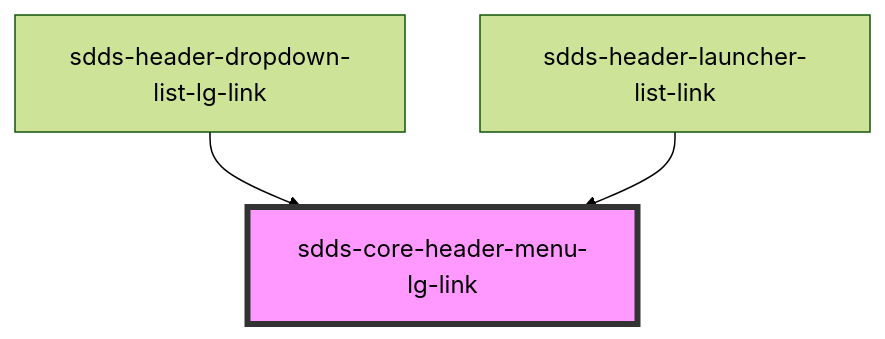
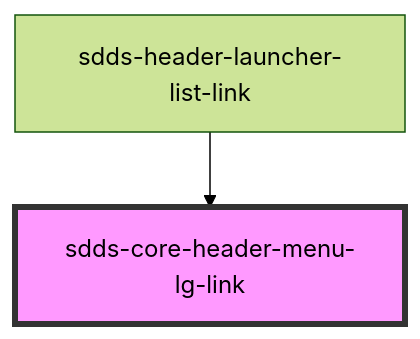
Before and after one commit to scania-digital-design-system/sdds: the diagram in tegel/src/components/header/webcomponent/core-header-menu-lg-link/readme.md, drawn with Mermaid (forest theme). The commit also changed other lines of this file and 18 other files, not shown here.

Commit message:
feat(header): unify dropdown list components and propagate type

````diff
--- a/tegel/src/components/header/webcomponent/core-header-menu-lg-link/readme.md
+++ b/tegel/src/components/header/webcomponent/core-header-menu-lg-link/readme.md
@@ -28,6 +27,5 @@
 ```mermaid
 graph TD;
-  sdds-header-dropdown-list-lg-link --> sdds-core-header-menu-lg-link
   sdds-header-launcher-list-link --> sdds-core-header-menu-lg-link
   style sdds-core-header-menu-lg-link fill:#f9f,stroke:#333,stroke-width:4px
 ```
````
